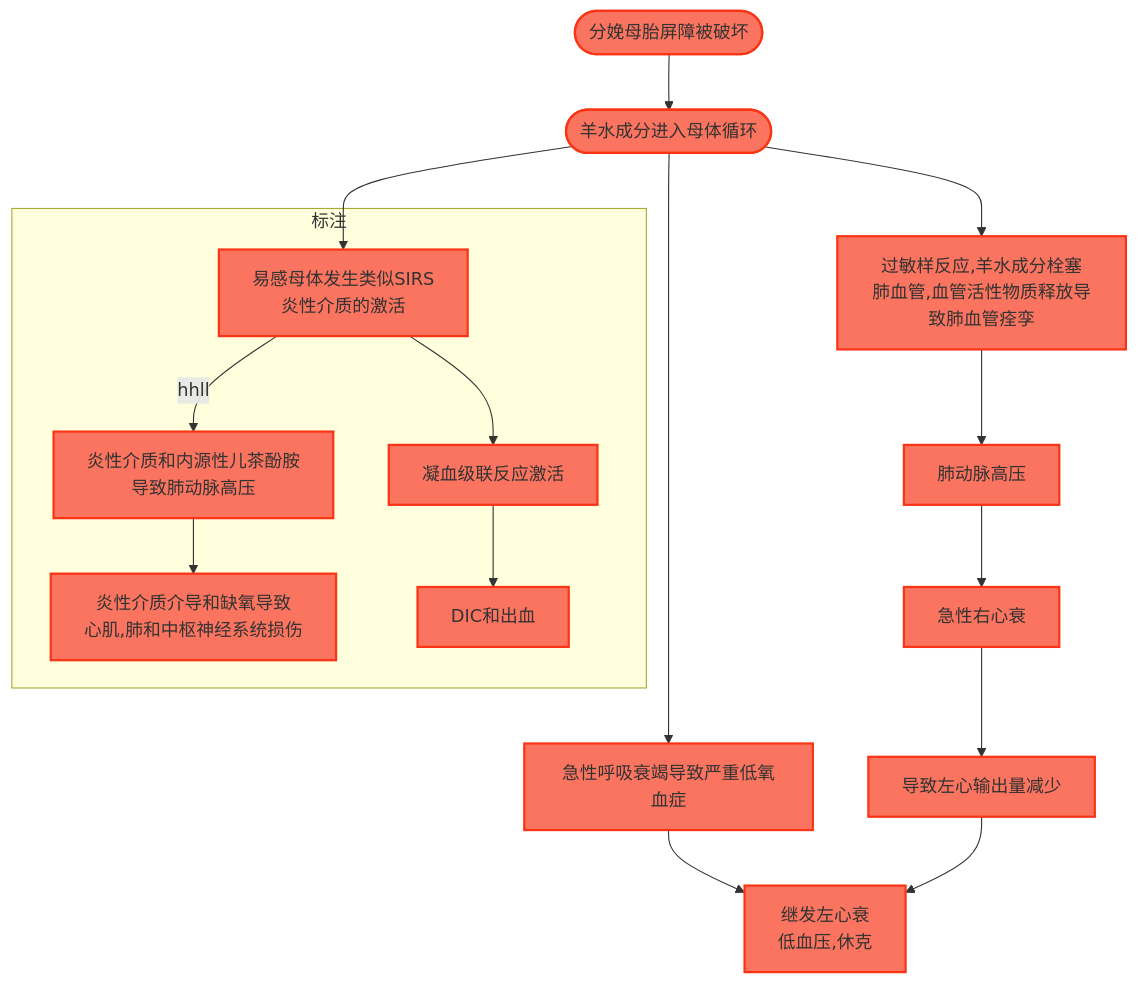
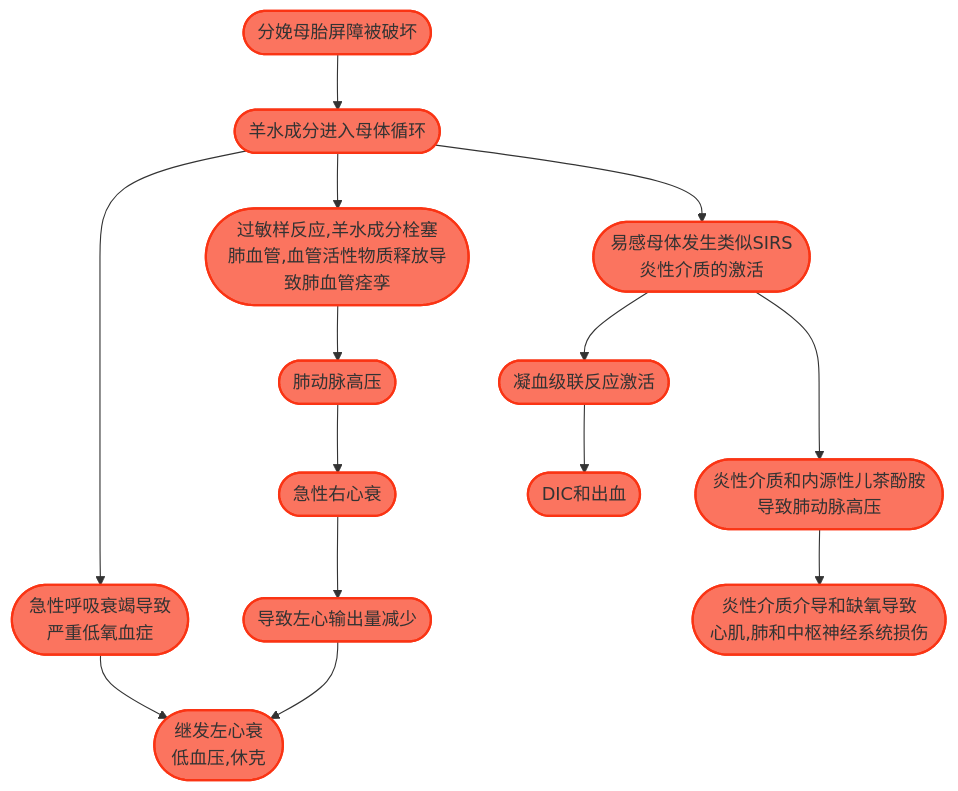
The diagram in FlowChart/羊水栓塞病理流程图.md (Jia7777/MindmapDXY), drawn with Mermaid before and after one commit.

Commit message:
胎儿窘迫.初稿

````diff
--- a/FlowChart/羊水栓塞病理流程图.md
+++ b/FlowChart/羊水栓塞病理流程图.md
@@ -1,27 +1,27 @@
 ```mermaid
 
 
 graph TD 
 
 
 a([分娩母胎屏障被破坏]) -->b([羊水成分进入母体循环])
-b --> c1[过敏样反应,羊水成分栓塞<br>肺血管,血管活性物质释放导致肺血管痊孪]
-b --> c2[急性呼吸衰竭导致严重低氧血症]
-b --> c3[易感母体发生类似SIRS<br>炎性介质的激活]
-c1 --> d[肺动脉高压]
-d --> e[急性右心衰]
-e --> f[导致左心输出量减少]
-c2 --> f1[继发左心衰<br>低血压,休克]
+b --> c1([过敏样反应,羊水成分栓塞<br>肺血管,血管活性物质释放导致肺血管痊孪])
+b --> c2([急性呼吸衰竭导致<br>严重低氧血症])
+b --> c3([易感母体发生类似SIRS<br>炎性介质的激活])
+c1 --> d([肺动脉高压])
+d --> e([急性右心衰])
+e --> f([导致左心输出量减少])
+c2 --> f1([继发左心衰<br>低血压,休克])
 f --> f1
 
-subgraph 标注
-c3 --hhll--> e1[炎性介质和内源性儿茶酚胺<br>导致肺动脉高压]
-c3 --> e2[凝血级联反应激活]
-e1 --> f2[炎性介质介导和缺氧导致<br>心肌,肺和中枢神经系统损伤]
-e2 --> f3[DIC和出血]
-end
+
+c3 ---> e1([炎性介质和内源性儿茶酚胺<br>导致肺动脉高压])
+c3 --> e2([凝血级联反应激活])
+e1 --> f2([炎性介质介导和缺氧导致<br>心肌,肺和中枢神经系统损伤])
+e2 --> f3([DIC和出血])
+
 
 
 classDef classA fill:#FB745F,stroke:#FA3414,stroke-width:2px;
 class a,b,c1,c2,c3,d,e1,e2,e,f,f1,f2,f3 classA;
 ```
````
